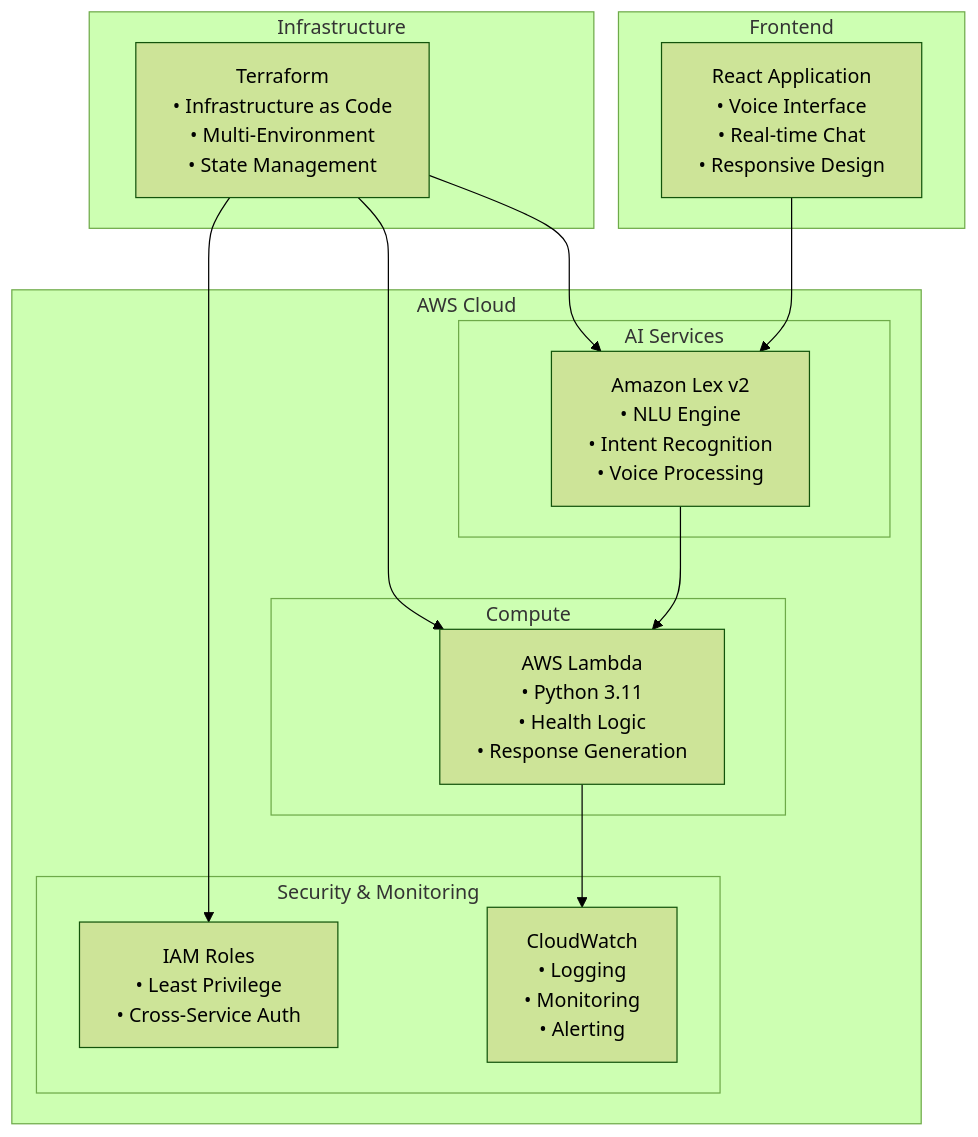
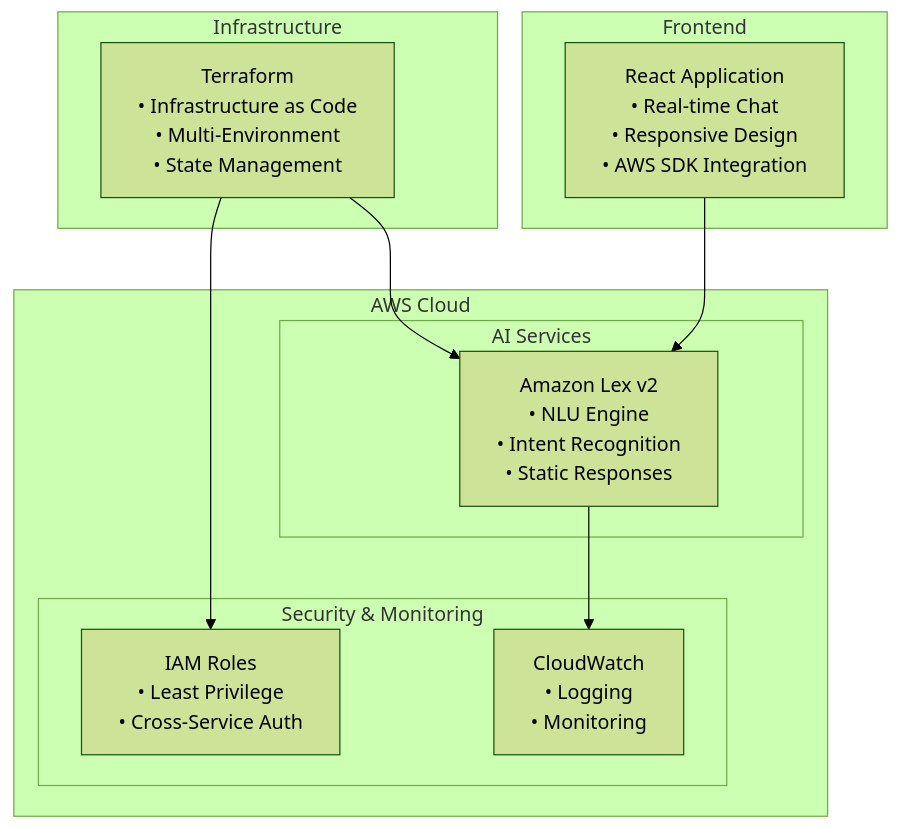
Before and after one commit to abaasi256/AWS-Health-Advice-Chatbot: the diagram in README.md, drawn with Mermaid (forest theme). The commit also changed other lines of this file and 4 other files, not shown here.

Commit message:
Resolve AWS Lex fulfillment hook errors with static responses

````diff
--- a/README.md
+++ b/README.md
@@ -28,32 +27,26 @@
 ```mermaid
 graph TB
     subgraph "Frontend"
-        UI[React Application<br/>• Voice Interface<br/>• Real-time Chat<br/>• Responsive Design]
+        UI[React Application<br/>• Real-time Chat<br/>• Responsive Design<br/>• AWS SDK Integration]
     end
     
     subgraph "AWS Cloud"
         subgraph "AI Services"
-            Lex[Amazon Lex v2<br/>• NLU Engine<br/>• Intent Recognition<br/>• Voice Processing]
-        end
-        
-        subgraph "Compute"
-            Lambda[AWS Lambda<br/>• Python 3.11<br/>• Health Logic<br/>• Response Generation]
+            Lex[Amazon Lex v2<br/>• NLU Engine<br/>• Intent Recognition<br/>• Static Responses]
         end
         
         subgraph "Security & Monitoring"
             IAM[IAM Roles<br/>• Least Privilege<br/>• Cross-Service Auth]
-            CW[CloudWatch<br/>• Logging<br/>• Monitoring<br/>• Alerting]
+            CW[CloudWatch<br/>• Logging<br/>• Monitoring]
         end
     end
     
     subgraph "Infrastructure"
         TF[Terraform<br/>• Infrastructure as Code<br/>• Multi-Environment<br/>• State Management]
     end
     
     UI --> Lex
-    Lex --> Lambda
-    Lambda --> CW
     TF --> IAM
     TF --> Lex
-    TF --> Lambda
+    Lex --> CW
 ```
````
